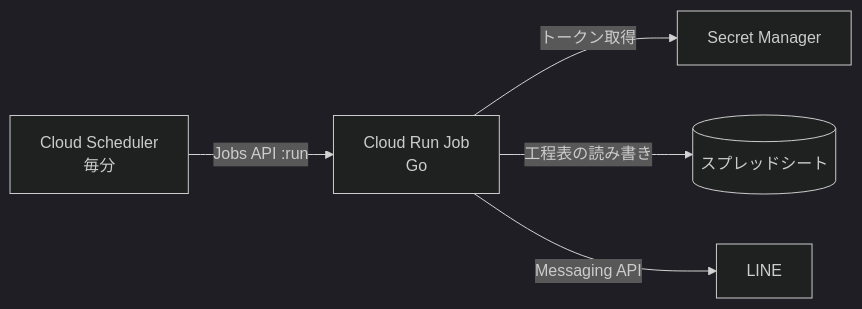
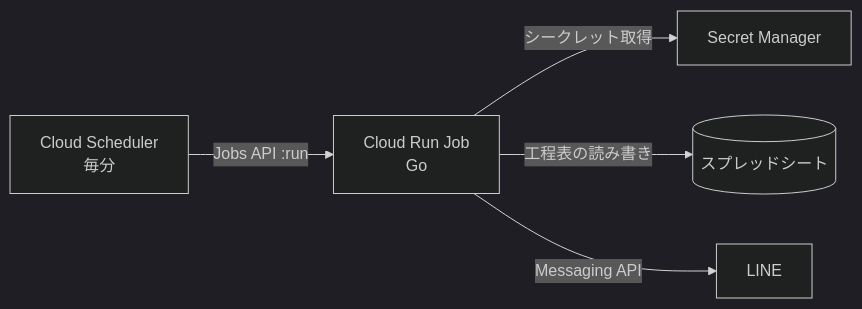
One commit to kotonara-tech/kototech-line-notification changed the diagram in docs/engineering/01-overview.md. Above: the diagram before and after it, drawn with Mermaid (dark theme). The commit also changed other lines of this file and 9 other files, not shown here.

````diff
--- a/docs/engineering/01-overview.md
+++ b/docs/engineering/01-overview.md
@@ -41,7 +41,7 @@
 ```mermaid
 flowchart LR
     Sched[Cloud Scheduler<br/>毎分] -->|Jobs API :run| Run[Cloud Run Job<br/>Go]
-    Run -->|トークン取得| SM[Secret Manager]
+    Run -->|シークレット取得| SM[Secret Manager]
     Run -->|工程表の読み書き| Sheet[(スプレッドシート)]
     Run -->|Messaging API| LINE[LINE]
 ```
````
